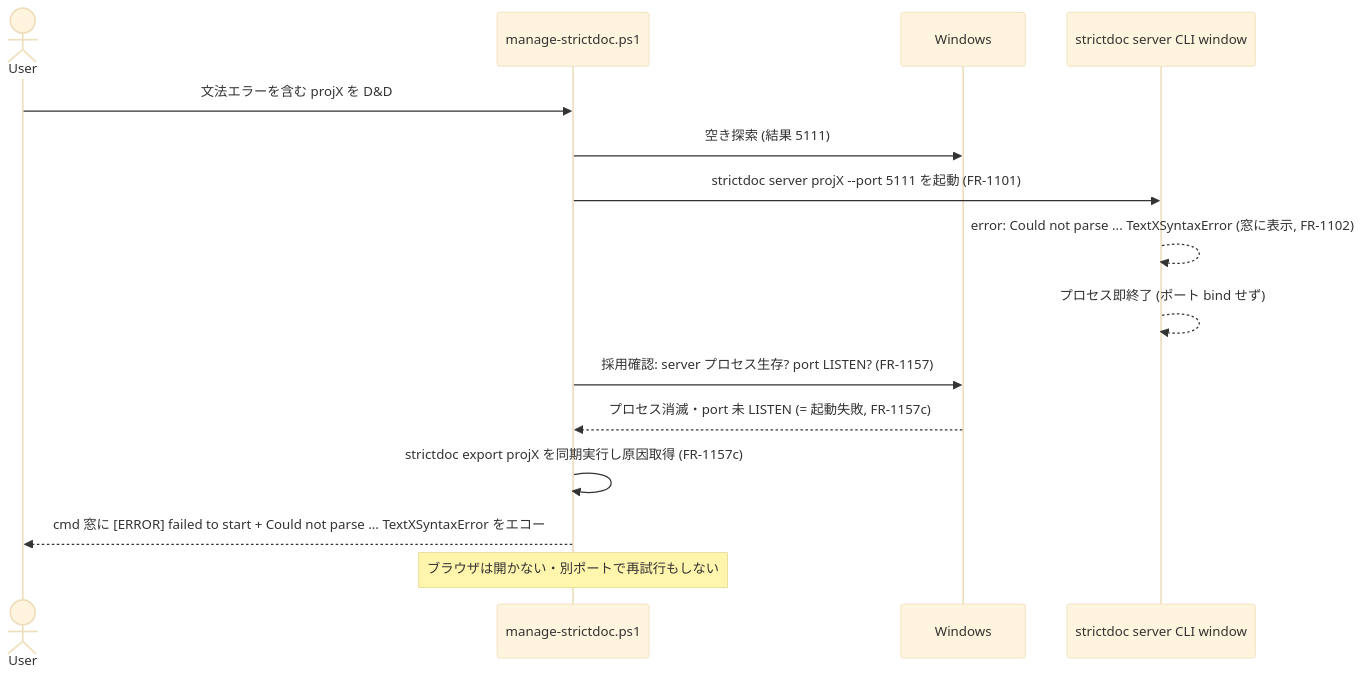
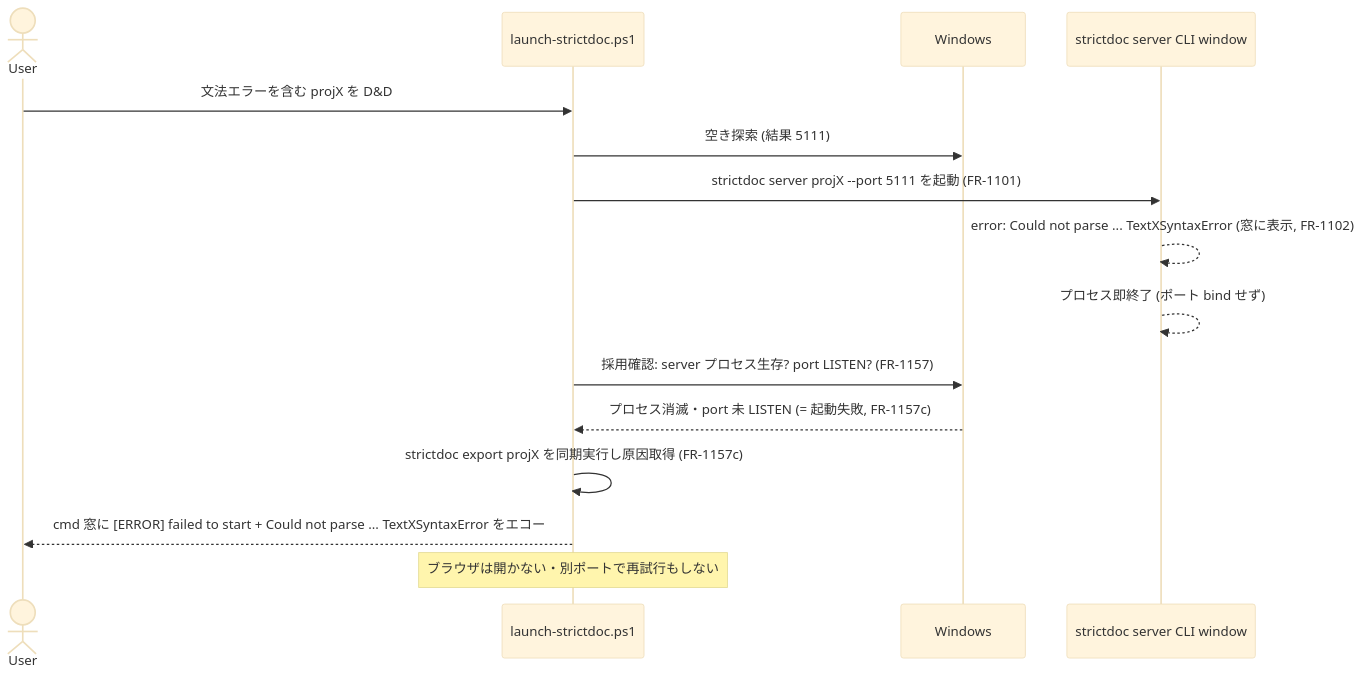
The sixth of 6 diagrams in docs/serve-spec.md (GoodRelax/StrictDocStarter), drawn with Mermaid (base theme) before and after one commit. The commit also changed other lines of this file and 9 other files, not shown here.

````diff
--- a/docs/serve-spec.md
+++ b/docs/serve-spec.md
@@ -1273,17 +1273,17 @@
 ```mermaid
 sequenceDiagram
     actor User
-    participant M as manage-strictdoc.ps1
+    participant M as launch-strictdoc.ps1
     participant OS as Windows
     participant SV as strictdoc server CLI window
     User->>M: 文法エラーを含む projX を D&D
     M->>OS: 空き探索 (結果 5111)
     M->>SV: strictdoc server projX --port 5111 を起動 (FR-1101)
     SV-->>SV: error: Could not parse ... TextXSyntaxError (窓に表示, FR-1102)
     SV-->>SV: プロセス即終了 (ポート bind せず)
     M->>OS: 採用確認: server プロセス生存? port LISTEN? (FR-1157)
     OS-->>M: プロセス消滅・port 未 LISTEN (= 起動失敗, FR-1157c)
     M->>M: strictdoc export projX を同期実行し原因取得 (FR-1157c)
     M-->>User: cmd 窓に [ERROR] failed to start + Could not parse ... TextXSyntaxError をエコー
     Note over M: ブラウザは開かない・別ポートで再試行もしない
 ```
````
